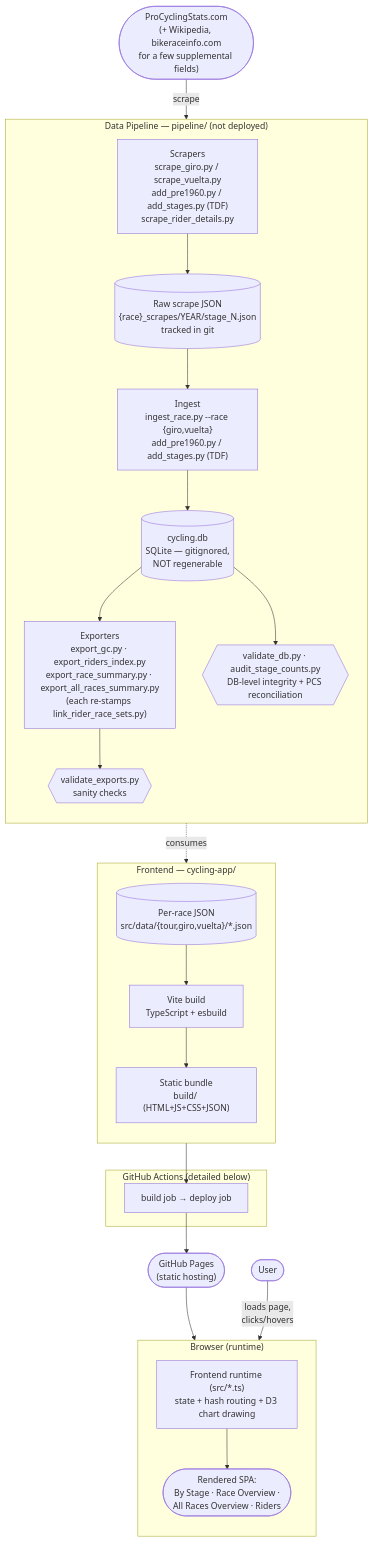
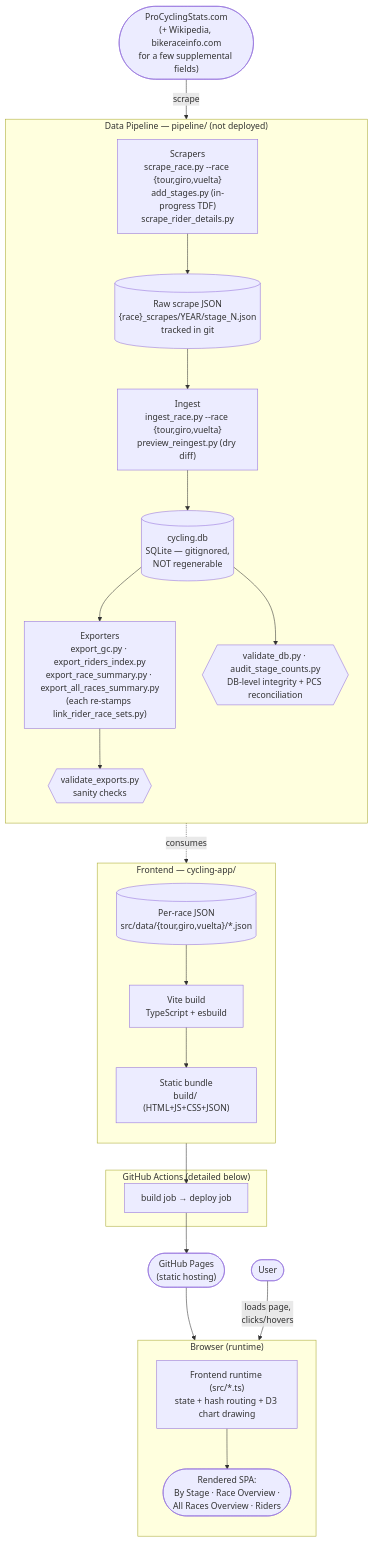
One commit to eshiflet/tdf-analytics changed the first of 3 diagrams in architecture.md. Above: the diagram before and after it, drawn with Mermaid. The commit also changed other lines of this file and 1 other file, not shown here.

````diff
--- a/architecture.md
+++ b/architecture.md
@@ -11,47 +11,47 @@
 ```mermaid
 flowchart TD
     PCS(["ProCyclingStats.com<br/>(+ Wikipedia, bikeraceinfo.com<br/>for a few supplemental fields)"])
 
     subgraph PIPELINE["Data Pipeline — pipeline/ (not deployed)"]
         direction TB
-        SCRAPE["Scrapers<br/>scrape_giro.py / scrape_vuelta.py<br/>add_pre1960.py / add_stages.py (TDF)<br/>scrape_rider_details.py"]
+        SCRAPE["Scrapers<br/>scrape_race.py --race {tour,giro,vuelta}<br/>add_stages.py (in-progress TDF)<br/>scrape_rider_details.py"]
         RAW[("Raw scrape JSON<br/>{race}_scrapes/YEAR/stage_N.json<br/>tracked in git")]
-        INGEST["Ingest<br/>ingest_race.py --race {giro,vuelta}<br/>add_pre1960.py / add_stages.py (TDF)"]
+        INGEST["Ingest<br/>ingest_race.py --race {tour,giro,vuelta}<br/>preview_reingest.py (dry diff)"]
         DB[("cycling.db<br/>SQLite — gitignored,<br/>NOT regenerable")]
         EXPORT["Exporters<br/>export_gc.py · export_riders_index.py<br/>export_race_summary.py · export_all_races_summary.py<br/>(each re-stamps link_rider_race_sets.py)"]
         VALIDATE{{"validate_exports.py<br/>sanity checks"}}
         DBCHECK{{"validate_db.py · audit_stage_counts.py<br/>DB-level integrity + PCS reconciliation"}}
 
         SCRAPE --> RAW --> INGEST --> DB --> EXPORT --> VALIDATE
         DB --> DBCHECK
     end
 
     subgraph FRONTEND["Frontend — cycling-app/"]
         direction TB
         DATA[("Per-race JSON<br/>src/data/{tour,giro,vuelta}/*.json")]
         VITE["Vite build<br/>TypeScript + esbuild"]
         BUNDLE["Static bundle<br/>build/ (HTML+JS+CSS+JSON)"]
 
         DATA --> VITE --> BUNDLE
     end
 
     subgraph CI["GitHub Actions (detailed below)"]
         GHA["build job → deploy job"]
     end
 
     PAGES(["GitHub Pages<br/>(static hosting)"])
 
     subgraph CLIENT["Browser (runtime)"]
         direction TB
         MAINTS["Frontend runtime (src/*.ts)<br/>state + hash routing + D3 chart drawing"]
         DOM(["Rendered SPA:<br/>By Stage · Race Overview ·<br/>All Races Overview · Riders"])
         MAINTS --> DOM
     end
 
     USER(["User"])
 
     PCS -->|scrape| SCRAPE
     VALIDATE -.->|consumes| DATA
     BUNDLE --> GHA --> PAGES --> MAINTS
     USER -->|"loads page,<br/>clicks/hovers"| DOM
 ```
````
